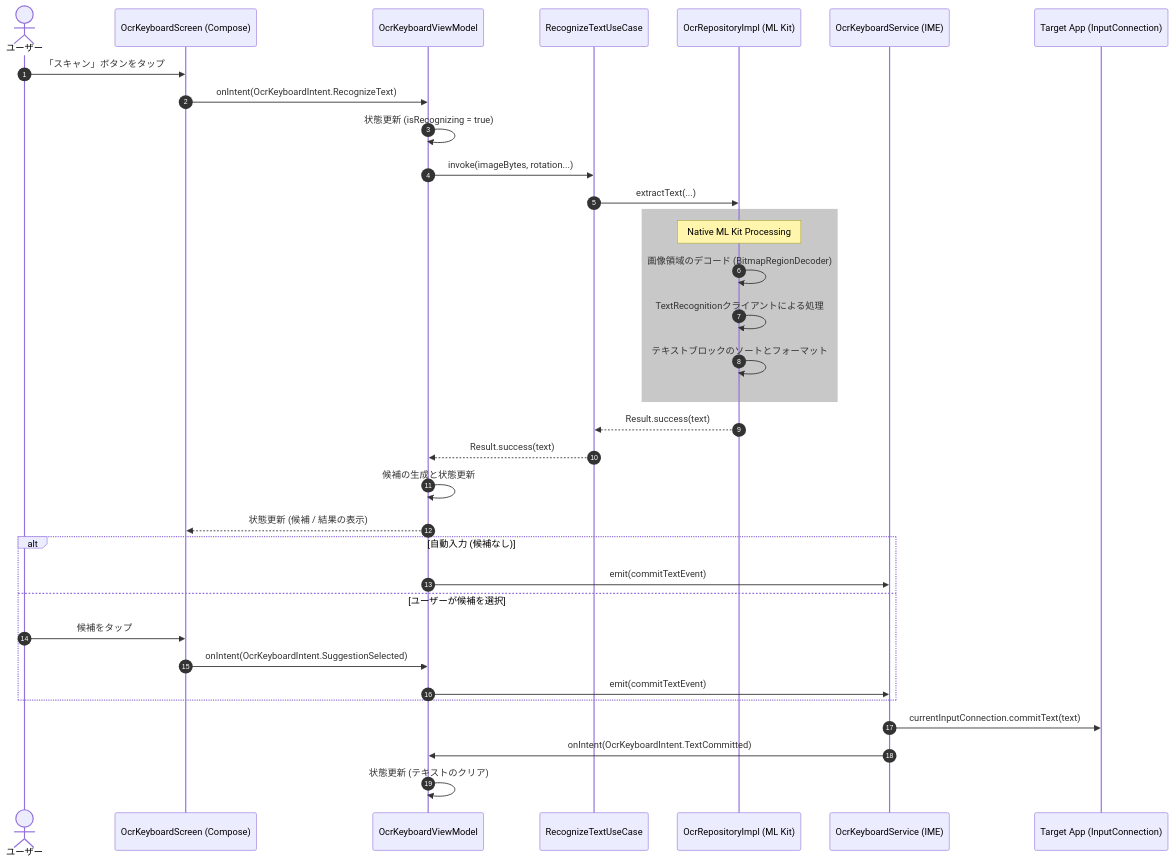
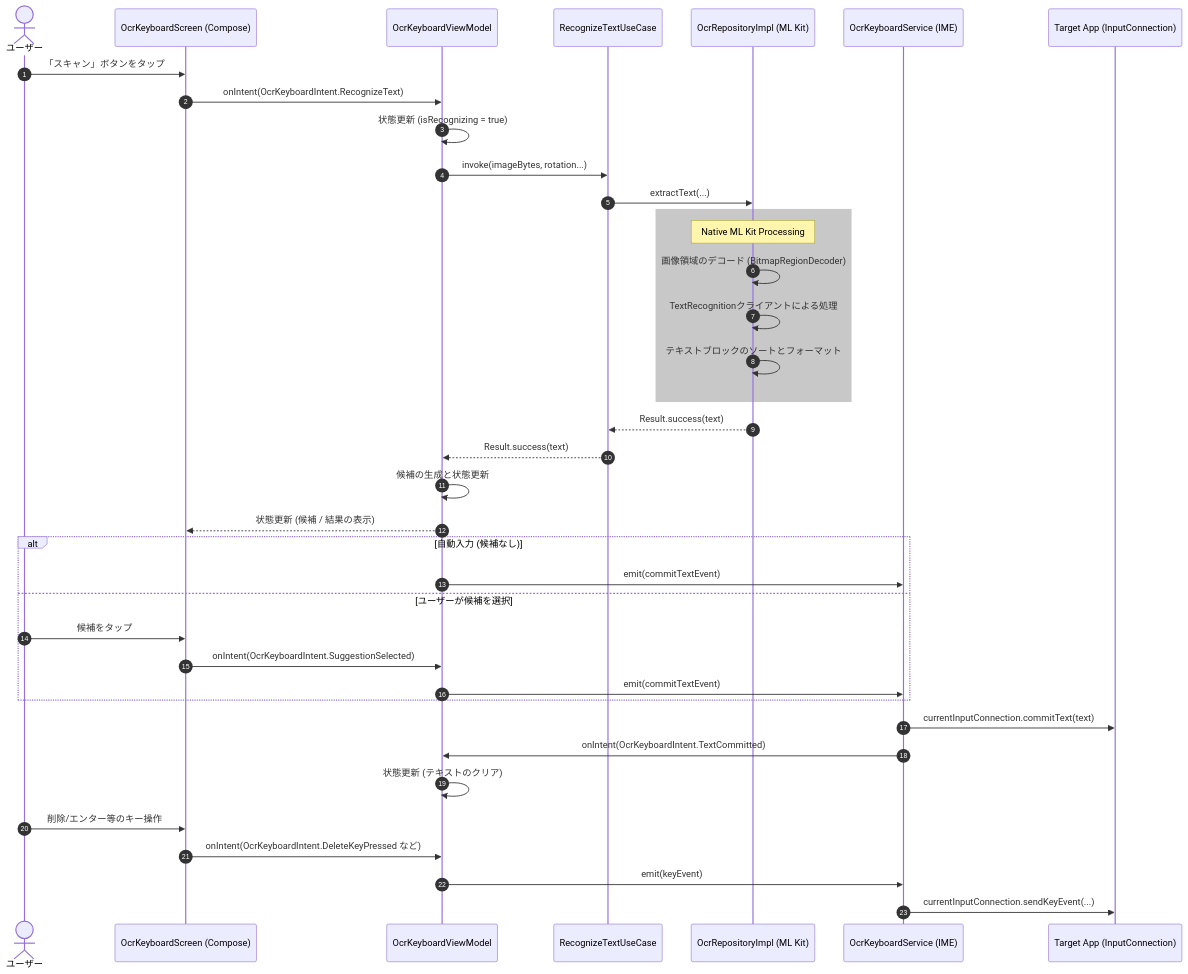
The first of 2 diagrams in docs/ARCHITECTURE.md (86chan/OCRKeyboard), drawn with Mermaid before and after one commit. The commit also changed other lines of this file, not shown here.

First line of the commit message:
docs: Update ARCHITECTURE.md to include SettingsRepository and key events

````diff
--- a/docs/ARCHITECTURE.md
+++ b/docs/ARCHITECTURE.md
@@ -20,43 +21,48 @@
 ```mermaid
 sequenceDiagram
     autonumber
     actor User as ユーザー
     participant UI as OcrKeyboardScreen (Compose)
     participant VM as OcrKeyboardViewModel
     participant UC as RecognizeTextUseCase
     participant Repo as OcrRepositoryImpl (ML Kit)
     participant Service as OcrKeyboardService (IME)
     participant App as Target App (InputConnection)
 
     User->>UI: 「スキャン」ボタンをタップ
     UI->>VM: onIntent(OcrKeyboardIntent.RecognizeText)
     VM->>VM: 状態更新 (isRecognizing = true)
 
     VM->>UC: invoke(imageBytes, rotation...)
     UC->>Repo: extractText(...)
 
     rect rgb(200, 200, 200)
         Note over Repo: Native ML Kit Processing
         Repo->>Repo: 画像領域のデコード (BitmapRegionDecoder)
         Repo->>Repo: TextRecognitionクライアントによる処理
         Repo->>Repo: テキストブロックのソートとフォーマット
     end
 
     Repo-->>UC: Result.success(text)
     UC-->>VM: Result.success(text)
 
     VM->>VM: 候補の生成と状態更新
     VM-->>UI: 状態更新 (候補 / 結果の表示)
 
     alt 自動入力 (候補なし)
         VM->>Service: emit(commitTextEvent)
     else ユーザーが候補を選択
         User->>UI: 候補をタップ
         UI->>VM: onIntent(OcrKeyboardIntent.SuggestionSelected)
         VM->>Service: emit(commitTextEvent)
     end
 
     Service->>App: currentInputConnection.commitText(text)
     Service->>VM: onIntent(OcrKeyboardIntent.TextCommitted)
     VM->>VM: 状態更新 (テキストのクリア)
+
+    User->>UI: 削除/エンター等のキー操作
+    UI->>VM: onIntent(OcrKeyboardIntent.DeleteKeyPressed など)
+    VM->>Service: emit(keyEvent)
+    Service->>App: currentInputConnection.sendKeyEvent(...)
 ```
````
